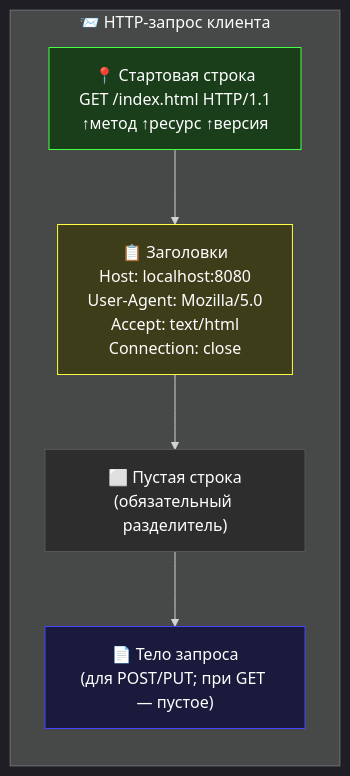
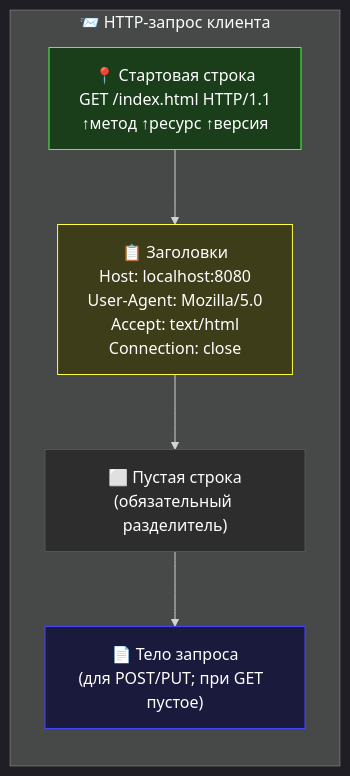
Before and after one commit to Mohanad0101/files: the ninth of 12 diagrams in src/README.md, drawn with Mermaid. The commit also changed other lines of this file, not shown here.

````diff
--- a/src/README.md
+++ b/src/README.md
@@ -838,20 +833,20 @@
 ```mermaid
 %%{init: {'theme': 'dark'}}%%
 graph TB
     subgraph HTTPRequest["📨 HTTP-запрос клиента"]
         direction TB
         RequestLine["📍 Стартовая строка<br/>GET /index.html HTTP/1.1<br/>↑метод ↑ресурс ↑версия"]
         Headers["📋 Заголовки<br/>Host: localhost:8080<br/>User-Agent: Mozilla/5.0<br/>Accept: text/html<br/>Connection: close"]
         EmptyLine["⬜ Пустая строка<br/>(обязательный разделитель)"]
-        Body["📄 Тело запроса<br/>(для POST/PUT; при GET — пустое)"]
+        Body["📄 Тело запроса<br/>(для POST/PUT; при GET  пустое)"]
     end
 
     RequestLine --> Headers
     Headers --> EmptyLine
     EmptyLine --> Body
 
     style RequestLine fill:#1a3d1a,stroke:#44ff44,color:#fff
     style Headers fill:#3d3d1a,stroke:#ffff44,color:#fff
     style EmptyLine fill:#2d2d2d,stroke:#555,color:#fff
     style Body fill:#1a1a3d,stroke:#4444ff,color:#fff
 ```
````
